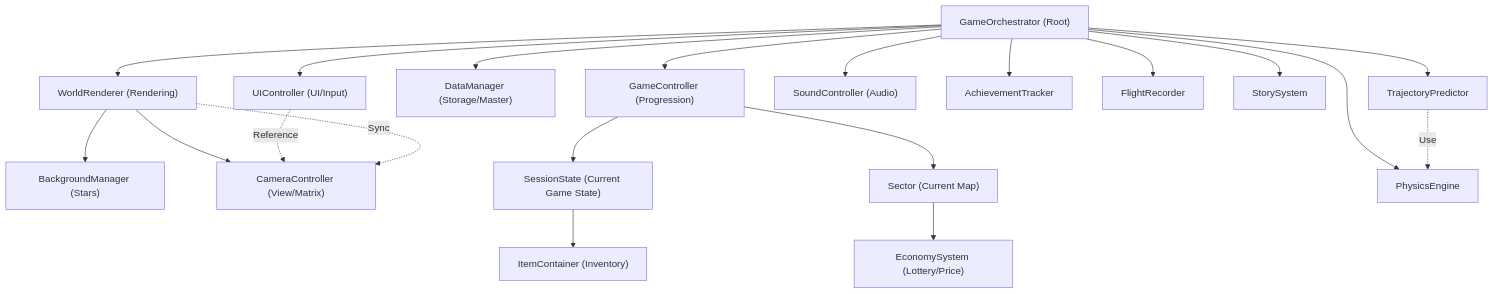
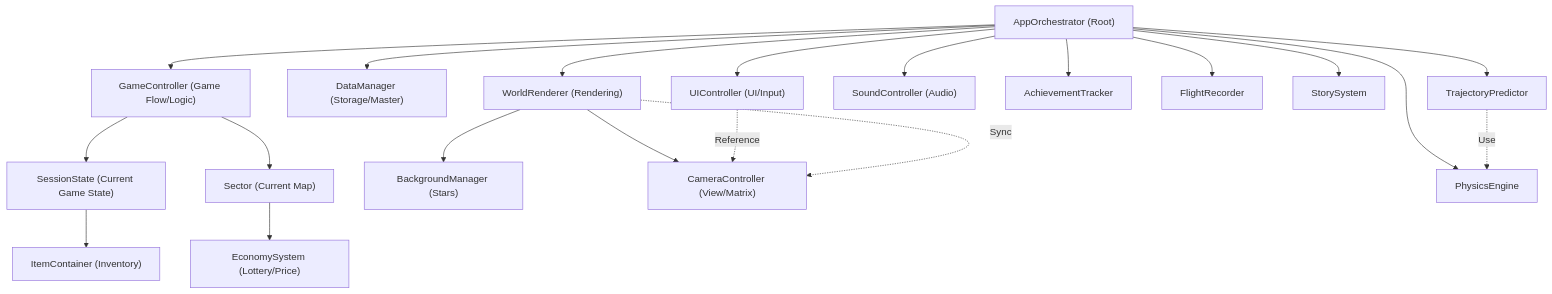
The diagram in docs/specs/systems/class_roles.md (T-I-Oak/GravityFreight), drawn with Mermaid before and after one commit. The commit also changed other lines of this file, not shown here.

Commit message:
docs: update class roles for AppOrchestrator and GameController

````diff
--- a/docs/specs/systems/class_roles.md
+++ b/docs/specs/systems/class_roles.md
@@ -14,34 +14,34 @@
 ```mermaid
 graph TD
     %% Root Layer
-    Orchestrator["GameOrchestrator (Root)"]
+    Orchestrator["AppOrchestrator (Root)"]
 
     %% Control Layer
     Orchestrator --> UI["UIController (UI/Input)"]
-    Orchestrator --> GC["GameController (Progression)"]
     Orchestrator --> DM["DataManager (Storage/Master)"]
 
+    %% Logic & System Layer
+    Orchestrator --> GC["GameController (Game Flow/Logic)"]
+    GC --> SS["SessionState (Current Game State)"]
+    SS --> IC["ItemContainer (Inventory)"]
+    GC --> SEC["Sector (Current Map)"]
+    SEC --> ES["EconomySystem (Lottery/Price)"]
+    
     %% System Layer (Infrastructure)
     Orchestrator --> WR["WorldRenderer (Rendering)"]
     WR --> BM["BackgroundManager (Stars)"]
     WR --> CC["CameraController (View/Matrix)"]
     Orchestrator --> SC["SoundController (Audio)"]
-
-    %% Logic & State Layer
-    GC --> SS["SessionState (Current Game State)"]
-    SS --> IC["ItemContainer (Inventory)"]
-    GC --> SEC["Sector (Current Map)"]
-    SEC --> ES["EconomySystem (Lottery/Price)"]
 
     %% Global Services
     Orchestrator --> AT["AchievementTracker"]
     Orchestrator --> FR["FlightRecorder"]
     Orchestrator --> Story["StorySystem"]
     Orchestrator --> PE["PhysicsEngine"]
     Orchestrator --> TP["TrajectoryPredictor"]
     
     %% Key Cross-domain relations (Dashed lines)
     TP -.->|Use| PE
     UI -.->|Reference| CC
     WR -.->|Sync| CC
 ```
````
